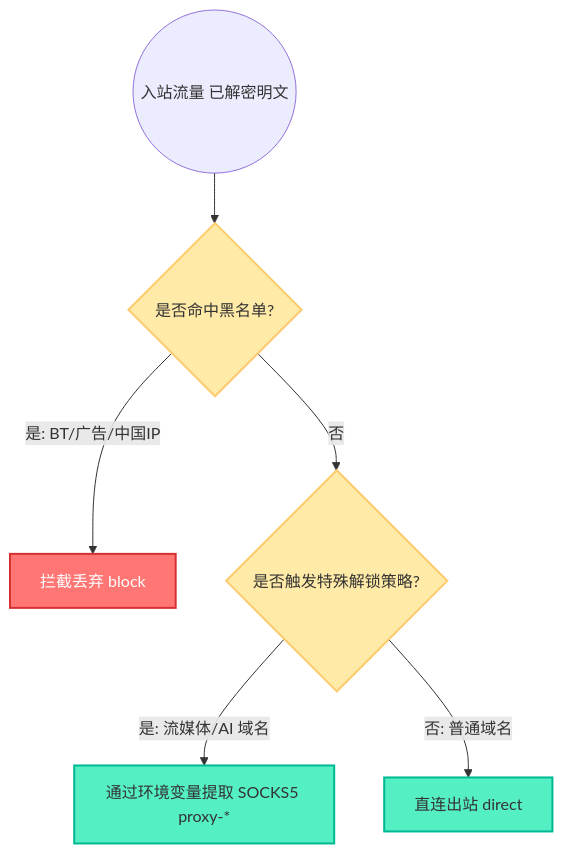
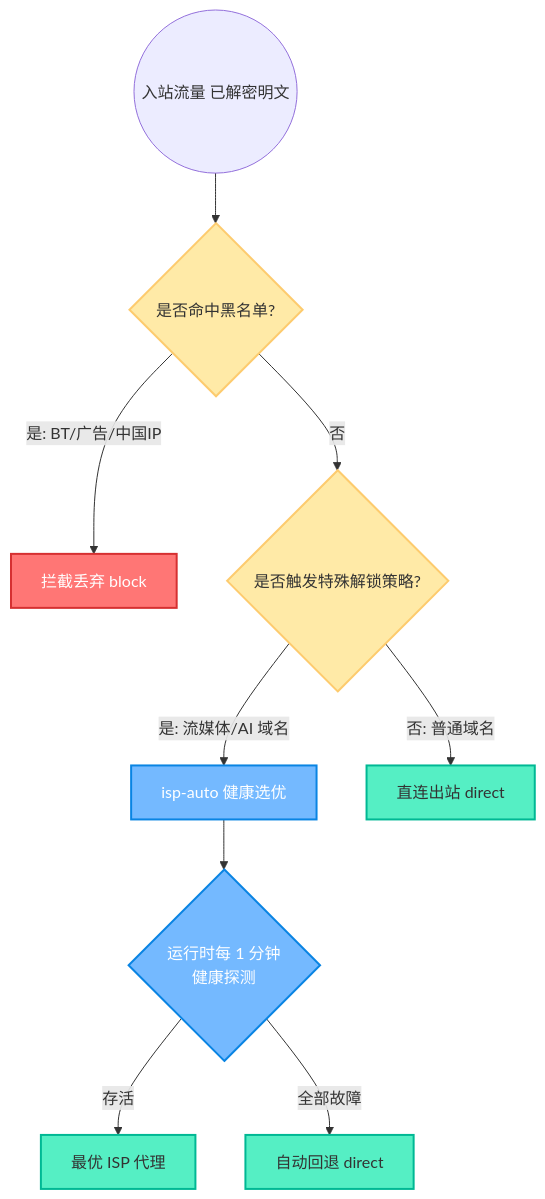
Before and after one commit to currycan/key: the first of 5 diagrams in docker/sb-xray/docs/03-routing-and-clients.md, drawn with Mermaid. The commit also changed other lines of this file and 6 other files, not shown here.

````diff
--- a/docker/sb-xray/docs/03-routing-and-clients.md
+++ b/docker/sb-xray/docs/03-routing-and-clients.md
@@ -27,14 +27,19 @@
 ```mermaid
 flowchart TD
     classDef block fill:#ff7675,stroke:#d63031,stroke-width:2px,color:#fff
     classDef pass fill:#55efc4,stroke:#00b894,stroke-width:2px,color:#333
     classDef logic fill:#ffeaa7,stroke:#fdcb6e,stroke-width:2px,color:#333
+    classDef health fill:#74b9ff,stroke:#0984e3,stroke-width:2px,color:#fff
 
     In(("入站流量 已解密明文")) --> R1{"是否命中黑名单?"}:::logic
     R1 -- "是: BT/广告/中国IP" --> Drop["拦截丢弃 block"]:::block
 
     R1 -- "否" --> R2{"是否触发特殊解锁策略?"}:::logic
-    R2 -- "是: 流媒体/AI 域名" --> Strategy["通过环境变量提取 SOCKS5 proxy-*"]:::pass
+    R2 -- "是: 流媒体/AI 域名" --> ISPAuto["isp-auto 健康选优"]:::health
 
     R2 -- "否: 普通域名" --> Out2["直连出站 direct"]:::pass
+
+    ISPAuto --> HC{"运行时每 1 分钟\n健康探测"}:::health
+    HC -- "存活" --> Best["最优 ISP 代理"]:::pass
+    HC -- "全部故障" --> Direct["自动回退 direct"]:::pass
 ```
````
